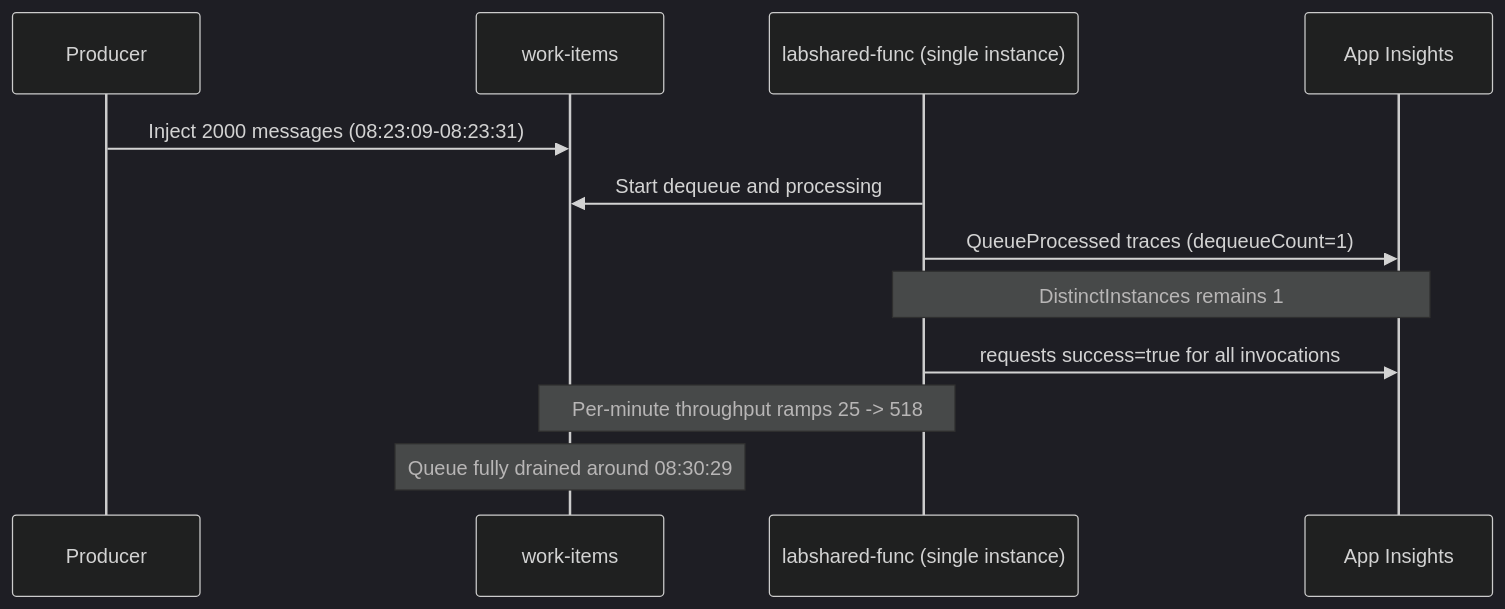
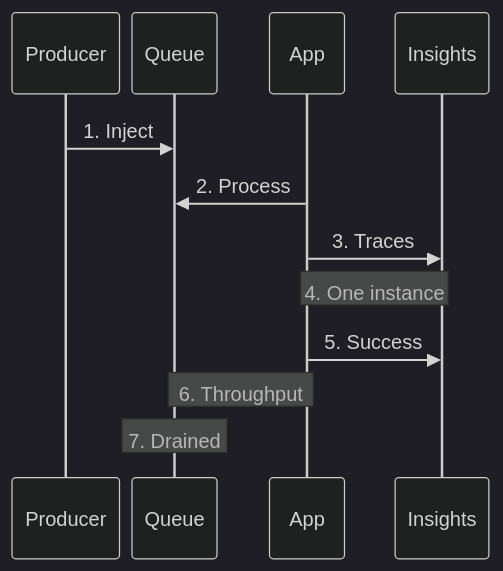
Before and after one commit to yeongseon/azure-functions-practical-guide: the fourth of 5 diagrams in docs/troubleshooting/lab-guides/queue-backlog-scaling.md, drawn with Mermaid (dark theme). The commit also changed other lines of this file and 1 other file, not shown here.

First line of the commit message:
docs(diagrams): migrate Functions lab messaging and triggers — queue backlog scaling (#440)

````diff
--- a/docs/troubleshooting/lab-guides/queue-backlog-scaling.md
+++ b/docs/troubleshooting/lab-guides/queue-backlog-scaling.md
@@ -940,15 +964,18 @@
 ```mermaid
 sequenceDiagram
+    %%{init: {'sequence': {'width': 60, 'actorMargin': 10, 'diagramMarginX': 8, 'noteMargin': 5, 'messageMargin': 20}}}%%
+    accTitle: Historical Y1 burst evidence timeline
+    accDescr: Four roles summarize the experiment log in its original message and note order. Numbered exchanges and notes are expanded in the adjacent key; this is not a host-worker protocol or new lab evidence.
     participant Producer
-    participant Queue as work-items
-    participant Func as labshared-func (single instance)
-    participant AI as App Insights
+    participant Queue
+    participant Func as App
+    participant AI as Insights
 
-    Producer->>Queue: Inject 2000 messages (08:23:09-08:23:31)
-    Func->>Queue: Start dequeue and processing
-    Func->>AI: QueueProcessed traces (dequeueCount=1)
-    Note over Func,AI: DistinctInstances remains 1
-    Func->>AI: requests success=true for all invocations
-    Note over Queue,Func: Per-minute throughput ramps 25 -> 518
-    Note over Queue: Queue fully drained around 08:30:29
+    Producer->>Queue: 1. Inject
+    Func->>Queue: 2. Process
+    Func->>AI: 3. Traces
+    Note over Func,AI: 4. One instance
+    Func->>AI: 5. Success
+    Note over Queue,Func: 6. Throughput
+    Note over Queue: 7. Drained
 ```
````
